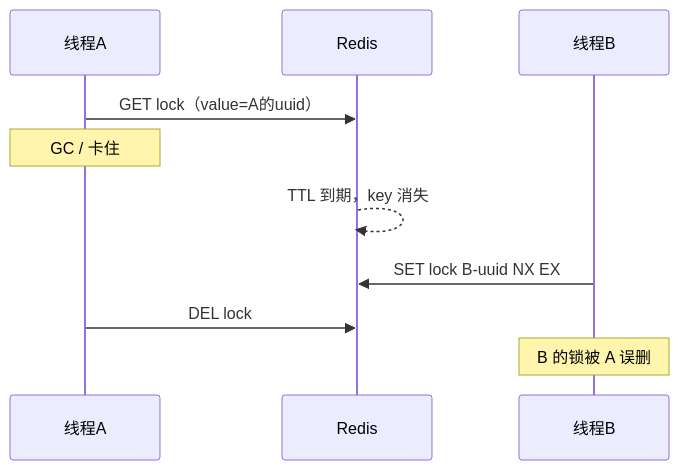
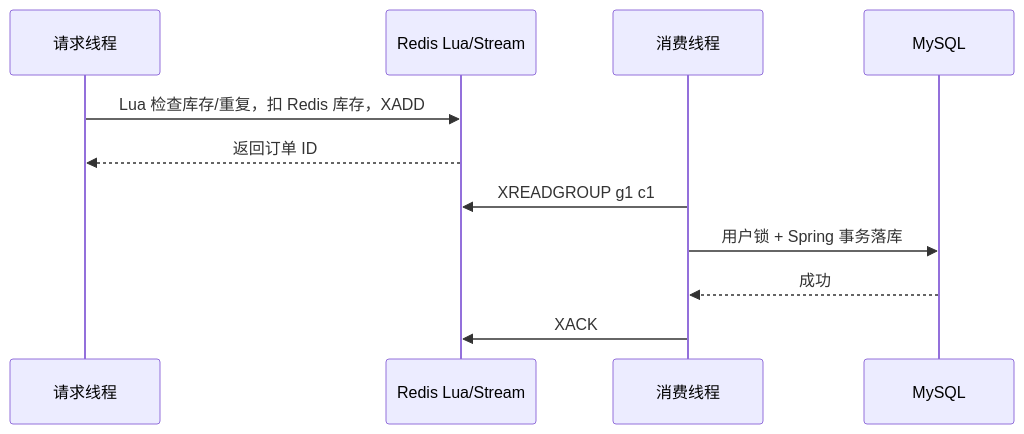
The diagram in Redis/分布式锁.md (Git-creat7/Java-notes), drawn with Mermaid before and after one commit. The commit also changed other lines of this file and 1 other file, not shown here.

````diff
--- a/Redis/分布式锁.md
+++ b/Redis/分布式锁.md
@@ -87,12 +189,13 @@
 ```mermaid
 sequenceDiagram
-    participant A as 线程A
-    participant R as Redis
-    participant B as 线程B
-    A->>R: GET lock（value=A的uuid）
-    Note over A: GC / 卡住
-    R-->>R: TTL 到期，key 消失
-    B->>R: SET lock B-uuid NX EX
-    A->>R: DEL lock
-    Note over B: B 的锁被 A 误删
+    participant C as 请求线程
+    participant R as Redis Lua/Stream
+    participant W as 消费线程
+    participant D as MySQL
+    C->>R: Lua 检查库存/重复，扣 Redis 库存，XADD
+    R-->>C: 返回订单 ID
+    W->>R: XREADGROUP g1 c1
+    W->>D: 用户锁 + Spring 事务落库
+    D-->>W: 成功
+    W->>R: XACK
 ```
````
